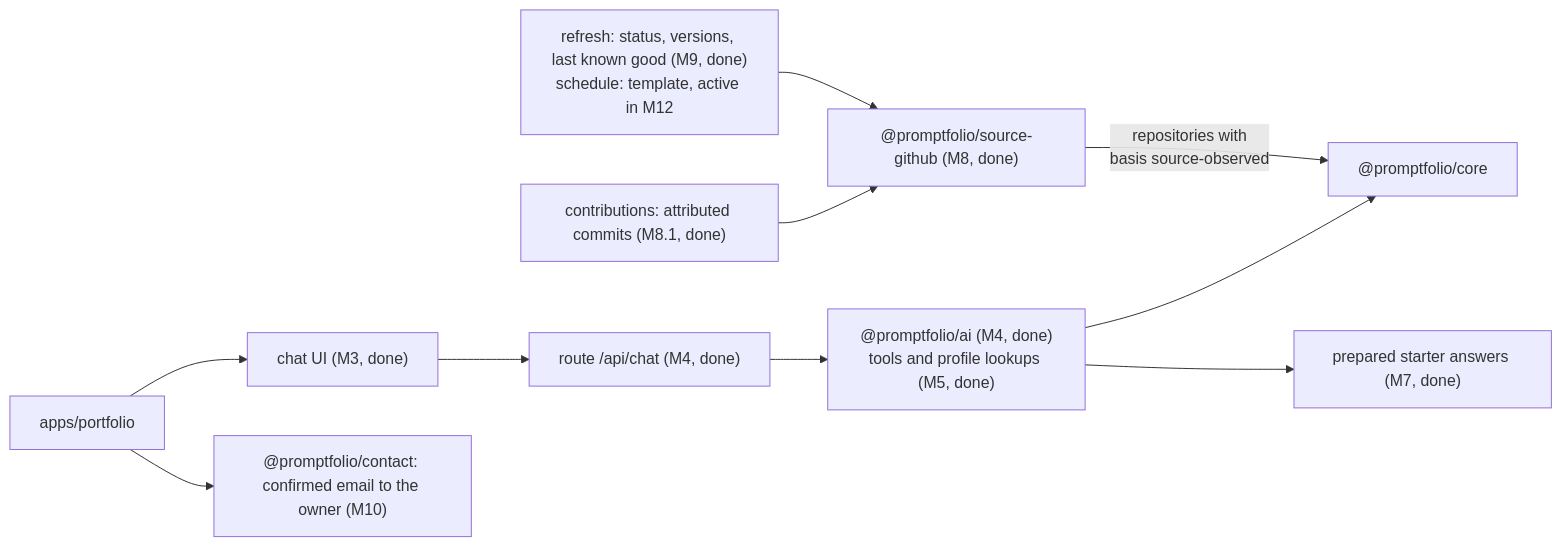
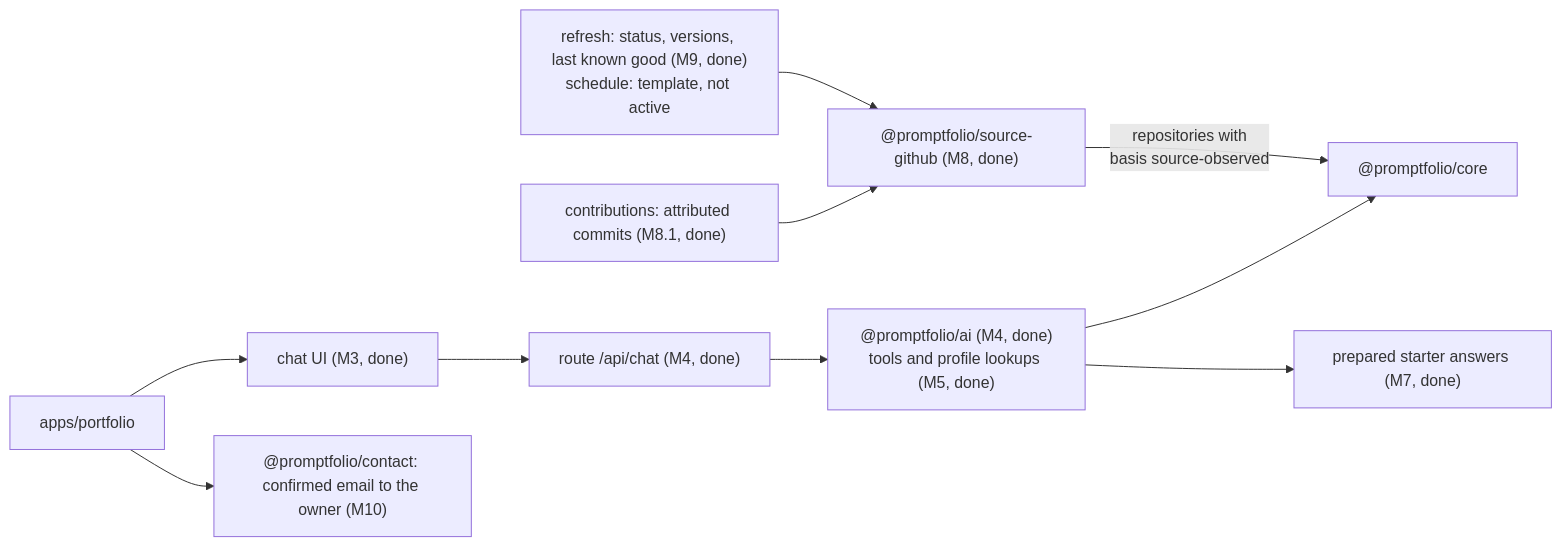
The seventh of 7 diagrams in docs/ARCHITECTURE.md (promptfolios/promptfolio), drawn with Mermaid before and after one commit. The commit also changed 11 other files, not shown here.

````diff
--- a/docs/ARCHITECTURE.md
+++ b/docs/ARCHITECTURE.md
@@ -381,12 +381,12 @@
 ```mermaid
 flowchart LR
     app["apps/portfolio"] --> ui["chat UI (M3, done)"]
     ui --> route["route /api/chat (M4, done)"]
     route --> ai["@promptfolio/ai (M4, done)<br/>tools and profile lookups (M5, done)"]
     ai --> core["@promptfolio/core"]
     ai --> prepared["prepared starter answers (M7, done)"]
     github["@promptfolio/source-github (M8, done)"] -- "repositories with<br/>basis source-observed" --> core
     contributions["contributions: attributed commits (M8.1, done)"] --> github
-    refresh["refresh: status, versions, last known good (M9, done)<br/>schedule: template, active in M12"] --> github
+    refresh["refresh: status, versions, last known good (M9, done)<br/>schedule: template, not active"] --> github
     app --> contact["@promptfolio/contact: confirmed email to the owner (M10)"]
 ```
````
